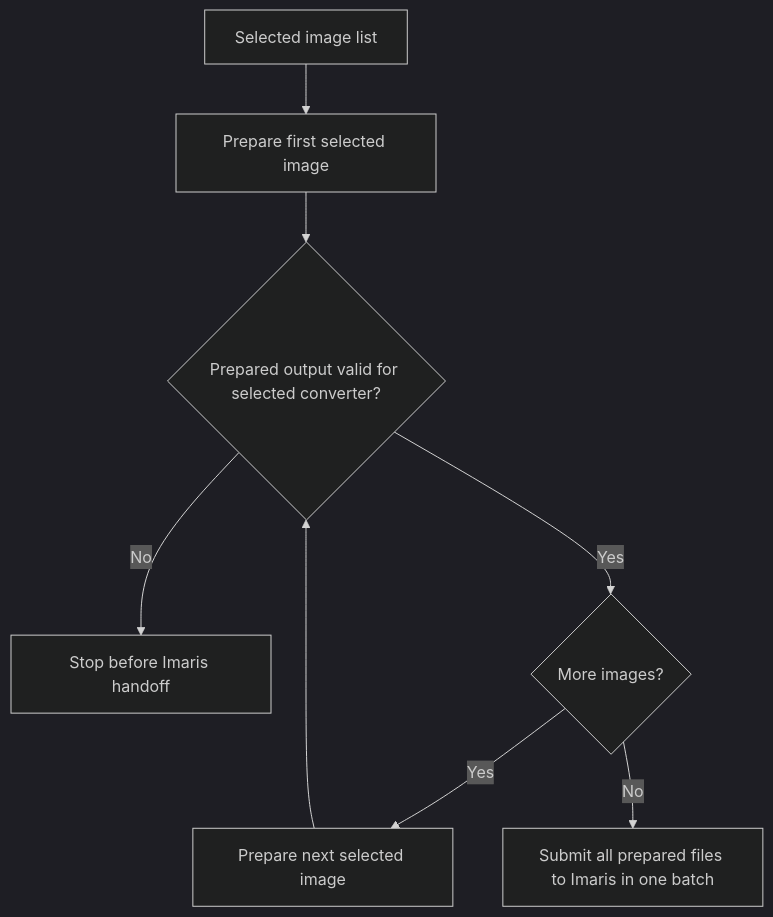
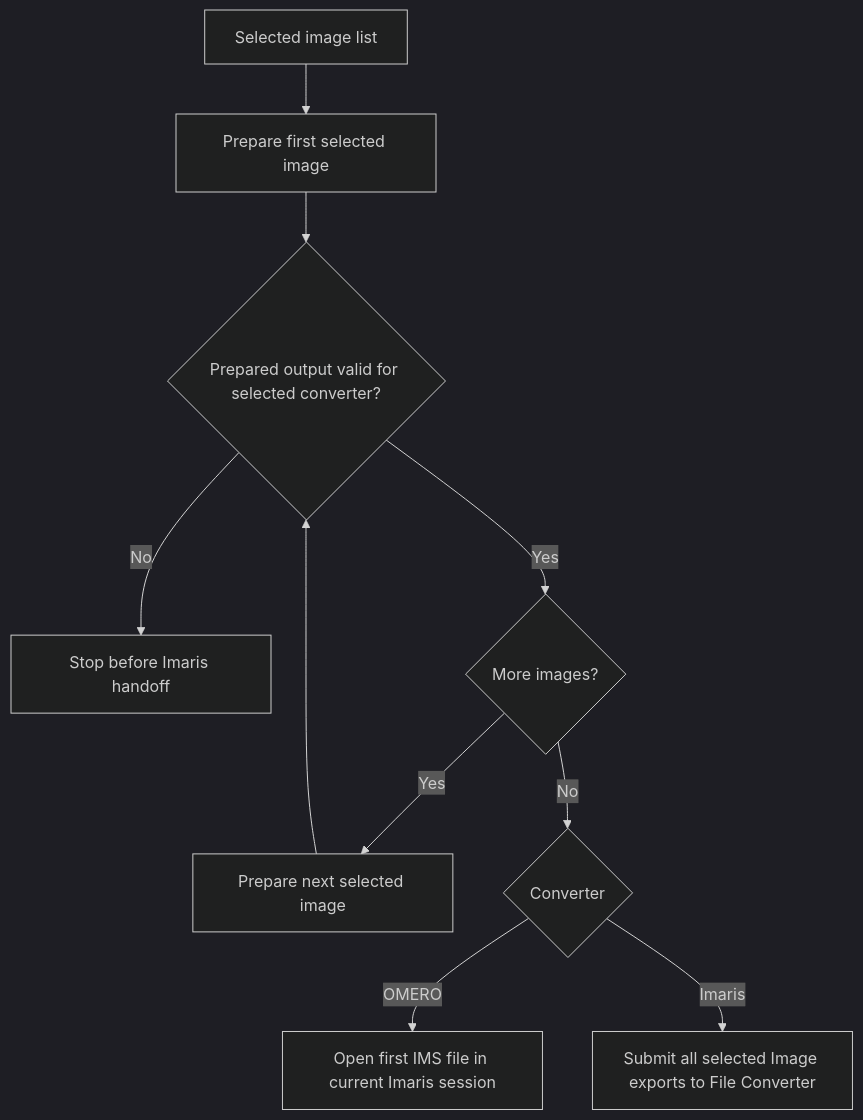
Before and after one commit to ZMB-UZH/omero-docker-extended: the seventh of 7 diagrams in docs/plugins/imaris-connector-workflow.md, drawn with Mermaid (dark theme). The commit also changed other lines of this file and 4 other files, not shown here.

Commit message:
Fix Imaris 11 OMERO multi-selection handoff

````diff
--- a/docs/plugins/imaris-connector-workflow.md
+++ b/docs/plugins/imaris-connector-workflow.md
@@ -228,10 +236,12 @@
 ```mermaid
 flowchart TD
     A[Selected image list] --> B[Prepare first selected image]
     B --> C{Prepared output valid for selected converter?}
     C -->|No| D[Stop before Imaris handoff]
     C -->|Yes| E{More images?}
     E -->|Yes| F[Prepare next selected image]
     F --> C
-    E -->|No| G[Submit all prepared files to Imaris in one batch]
+    E -->|No| G{Converter}
+    G -->|OMERO| H[Open first IMS file in current Imaris session]
+    G -->|Imaris| I[Submit all selected Image exports to File Converter]
 ```
````
